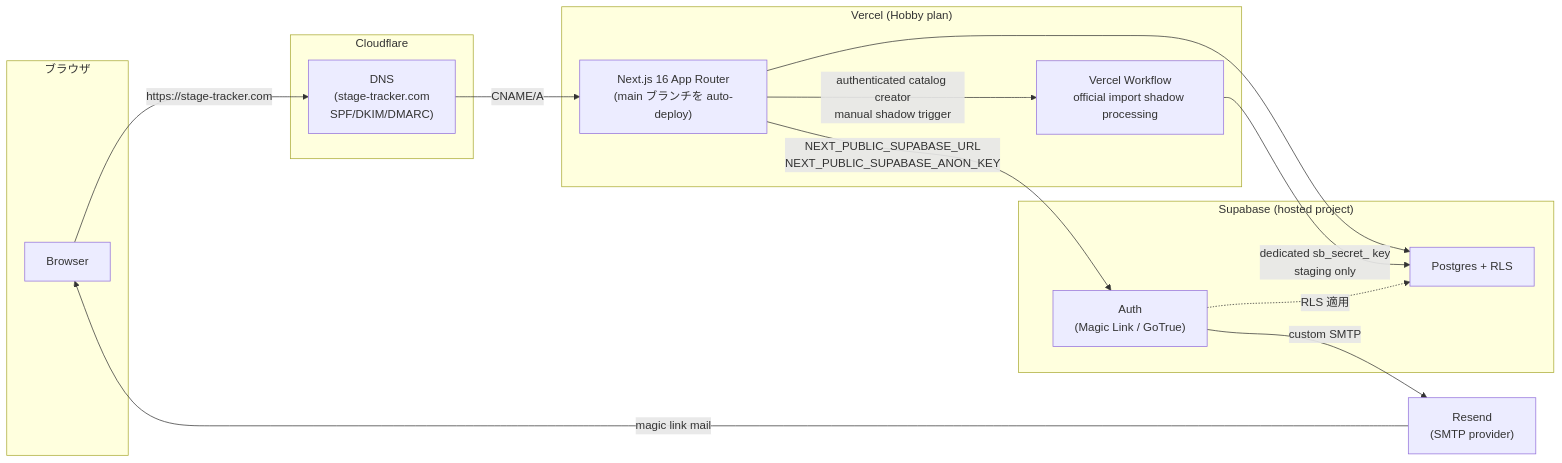
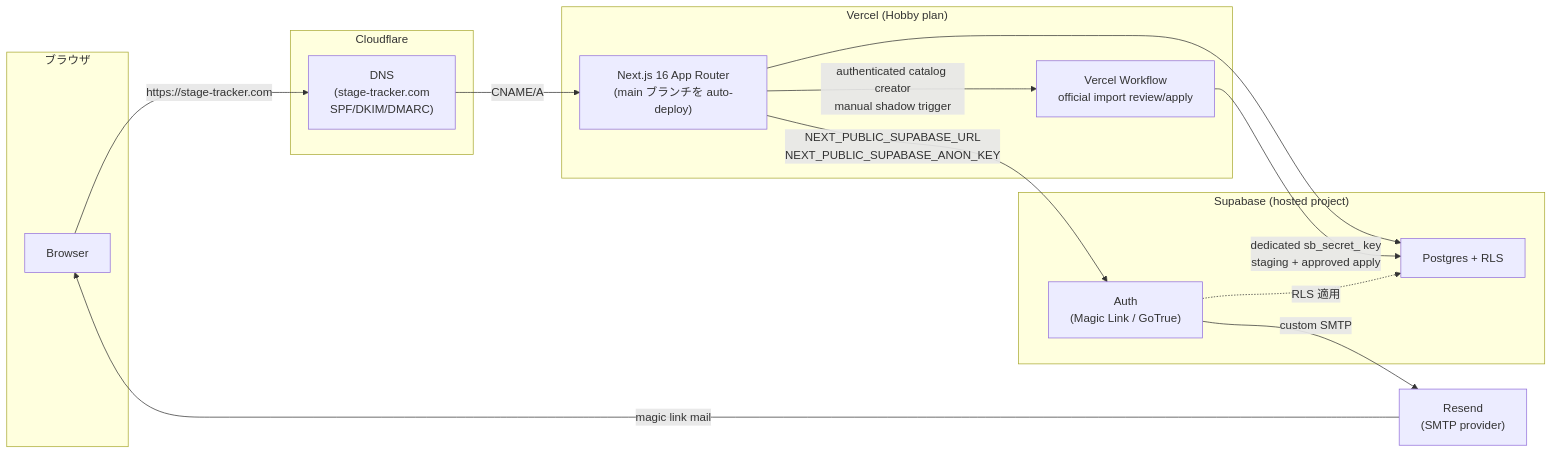
One commit to reitojike/stage-tracker changed the diagram in docs/architecture/runtime-stack.md. Above: the diagram before and after it, drawn with Mermaid. The commit also changed other lines of this file and 38 other files, not shown here.

First line of the commit message:
feat: apply approved official-import candidates after fresh replan (#669)

````diff
--- a/docs/architecture/runtime-stack.md
+++ b/docs/architecture/runtime-stack.md
@@ -28,32 +28,32 @@
 ```mermaid
 flowchart LR
     subgraph User["ブラウザ"]
         Browser
     end
 
     subgraph CF["Cloudflare"]
         DNS["DNS\n(stage-tracker.com\nSPF/DKIM/DMARC)"]
     end
 
     subgraph Vercel["Vercel (Hobby plan)"]
         App["Next.js 16 App Router\n(main ブランチを auto-deploy)"]
-        Workflow["Vercel Workflow\nofficial import shadow processing"]
+        Workflow["Vercel Workflow\nofficial import review/apply"]
     end
 
     subgraph Supabase["Supabase (hosted project)"]
         Auth["Auth\n(Magic Link / GoTrue)"]
         DB["Postgres + RLS"]
     end
 
     Resend["Resend\n(SMTP provider)"]
 
     Browser -->|"https://stage-tracker.com"| DNS
     DNS -->|CNAME/A| App
     App -->|"NEXT_PUBLIC_SUPABASE_URL\nNEXT_PUBLIC_SUPABASE_ANON_KEY"| Auth
     App --> DB
     App -->|"authenticated catalog creator\nmanual shadow trigger"| Workflow
-    Workflow -->|"dedicated sb_secret_ key\nstaging only"| DB
+    Workflow -->|"dedicated sb_secret_ key\nstaging + approved apply"| DB
     Auth -->|"custom SMTP"| Resend
     Resend -->|"magic link mail"| Browser
     Auth -. RLS 適用 .-> DB
 ```
````
